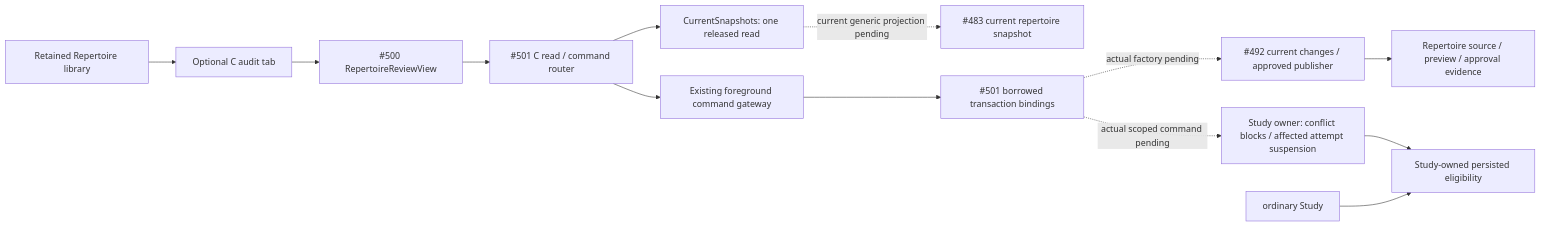
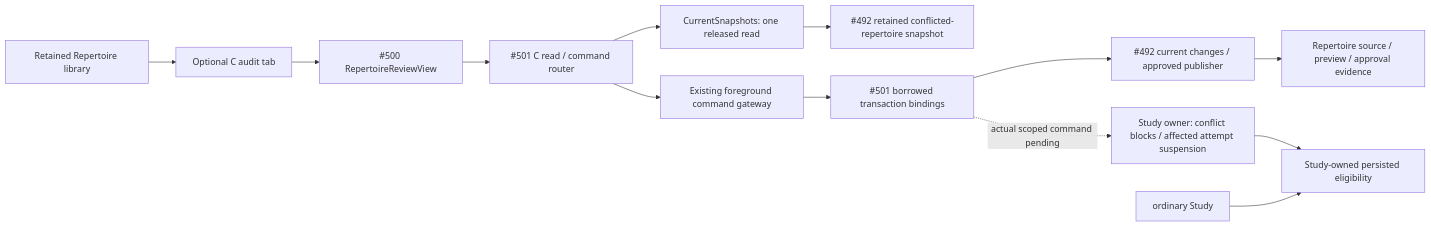
The second of 2 diagrams in backend/app/product_composition/README.md (aaweaver-actuary/tempo), drawn with Mermaid before and after one commit. The commit also changed other lines of this file and 3 other files, not shown here.

Commit message:
feat: bind retained C owners and require actual Study reconciliation

````diff
--- a/backend/app/product_composition/README.md
+++ b/backend/app/product_composition/README.md
@@ -219,15 +227,15 @@
 ```mermaid
 flowchart LR
   Library["Retained Repertoire library"] --> Mount["Optional C audit tab"]
   Mount --> View["#500 RepertoireReviewView"]
   View --> HTTP["#501 C read / command router"]
   HTTP --> Read["CurrentSnapshots: one released read"]
-  Read -. "current generic projection pending" .-> Snapshot["#483 current repertoire snapshot"]
+  Read --> Snapshot["#492 retained conflicted-repertoire snapshot"]
   HTTP --> Gateway["Existing foreground command gateway"]
   Gateway --> Binding["#501 borrowed transaction bindings"]
-  Binding -. "actual factory pending" .-> Changes["#492 current changes / approved publisher"]
+  Binding --> Changes["#492 current changes / approved publisher"]
   Binding -. "actual scoped command pending" .-> Blocks["Study owner: conflict blocks / affected attempt suspension"]
   Blocks --> Local["Study-owned persisted eligibility"]
   Study["ordinary Study"] --> Local
   Changes --> Content["Repertoire source / preview / approval evidence"]
 ```
````
